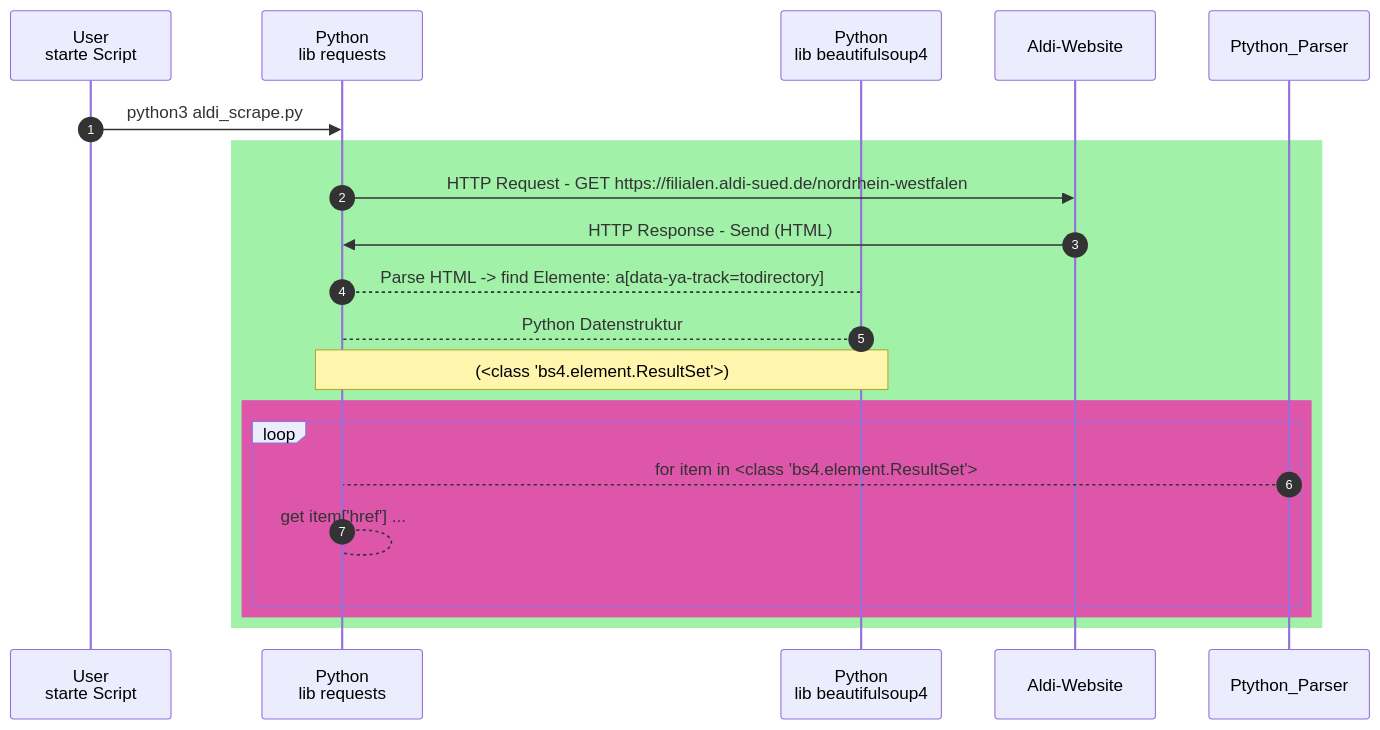
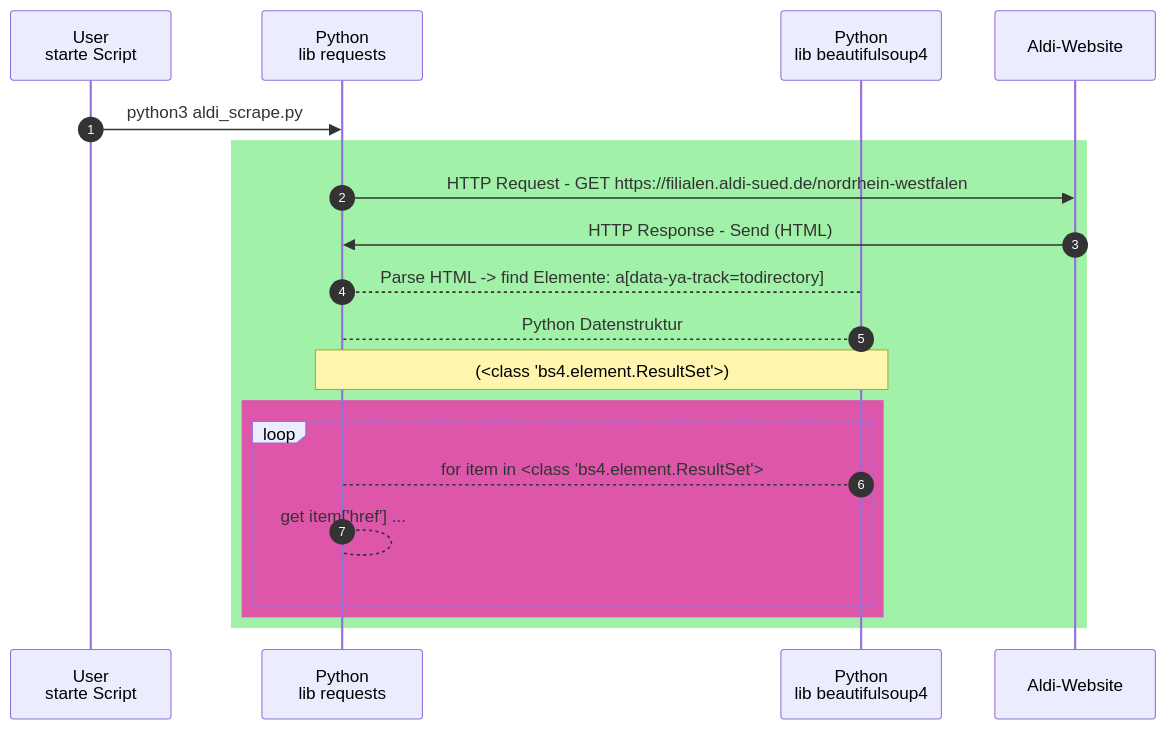
Before and after one commit to nevsglueckauf/high_five: the first of 2 diagrams in projekte/smda/proj_doq/webscraping.md, drawn with Mermaid. The commit also changed other lines of this file, not shown here.

Commit message:
Python Beipiel - cleaning bot

````diff
--- a/projekte/smda/proj_doq/webscraping.md
+++ b/projekte/smda/proj_doq/webscraping.md
@@ -31,24 +31,24 @@
 ```mermaid
 sequenceDiagram
     autonumber
     participant Usr as User<br/>starte Script
     participant Py as Python<br/>lib requests
     participant SP as Python<br/> lib beautifulsoup4 
     participant Webserver as Aldi-Website
     Usr->>Py:python3  aldi_scrape.py  
     rect rgb(161, 241, 168)
             Py->>Webserver: HTTP Request - GET  https://filialen.aldi-sued.de/nordrhein-westfalen
             Webserver->>Py: HTTP Response - Send (HTML)
             Py-->SP: Parse HTML -> find Elemente: a[data-ya-track=todirectory]
             SP-->Py: Python Datenstruktur 
             note over Py, SP: (<class 'bs4.element.ResultSet'>)
             rect rgb(222, 86, 170)
             loop 
-                Ptython_Parser-->Py: for item in <class 'bs4.element.ResultSet'>
+                SP-->Py: for item in <class 'bs4.element.ResultSet'>
                 Py-->Py: get item['href'] ...
             end
     end
     end
     
 
 ```
````
